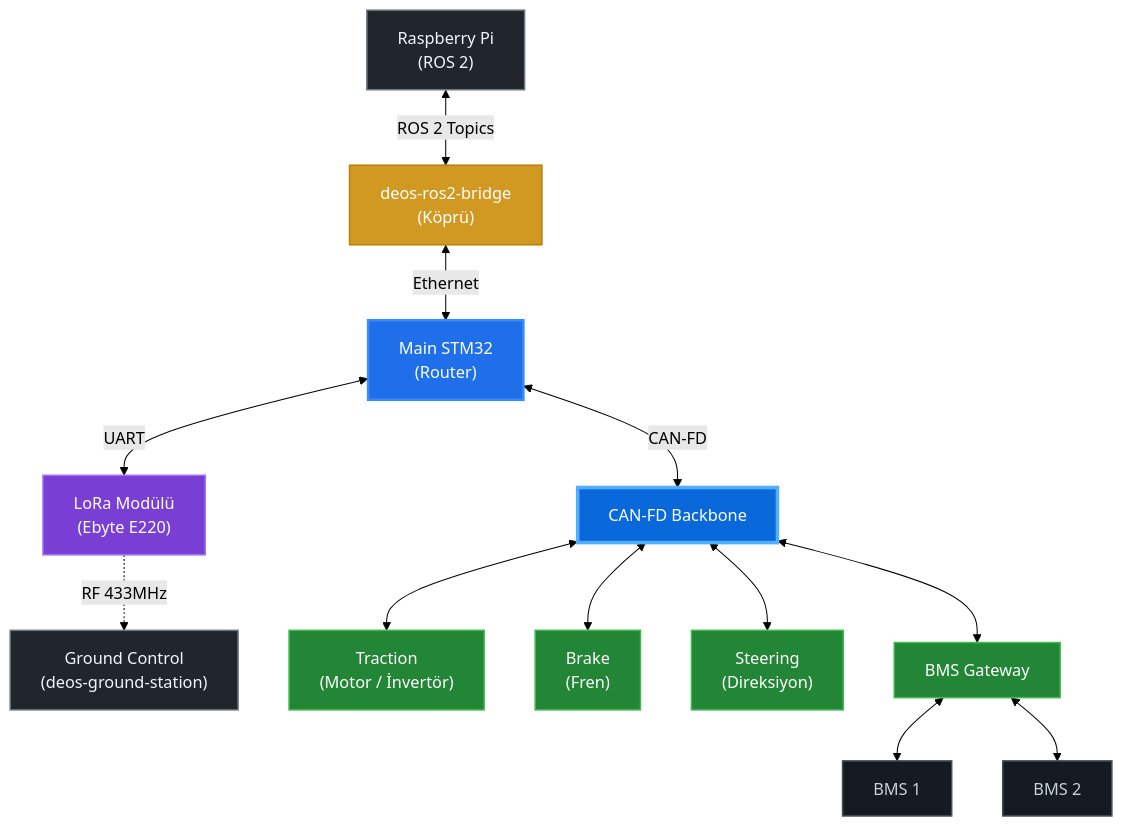
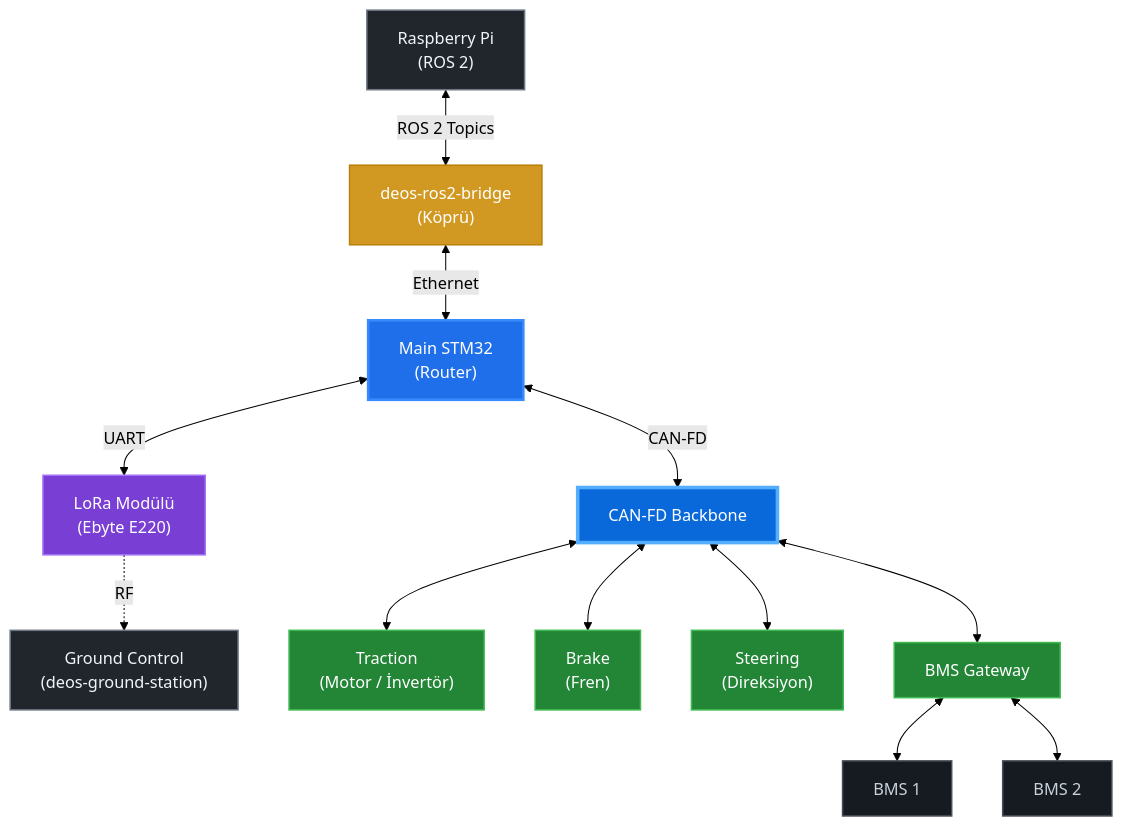
Before and after one commit to DEUDEOS-Team/deos-firmware: the second of 2 diagrams in README.md, drawn with Mermaid (forest theme). The commit also changed other lines of this file, not shown here.

Commit message:
docs: remove 433MHz frequency and link LoRa driver to uart_lora.cpp with genuine git commits

````diff
--- a/README.md
+++ b/README.md
@@ -36,39 +36,39 @@
 ```mermaid
 graph TD
     classDef mcu fill:#1f6feb,stroke:#388bfd,stroke-width:2.5px,color:#ffffff;
     classDef host fill:#21262d,stroke:#6e7681,stroke-width:1.5px,color:#f0f6fc;
     classDef bridge fill:#d29922,stroke:#bb8009,stroke-width:1.5px,color:#ffffff;
     classDef rf fill:#793ed4,stroke:#a371f7,stroke-width:1.5px,color:#ffffff;
     classDef can fill:#238636,stroke:#3fb950,stroke-width:1.5px,color:#ffffff;
     classDef bms fill:#161b22,stroke:#484f58,stroke-width:1.5px,color:#c9d1d9;
     classDef bus fill:#0969da,stroke:#54aeff,stroke-width:3.5px,color:#ffffff;
 
     RPI["Raspberry Pi<br/>(ROS 2)"]:::host
     BRIDGE["deos-ros2-bridge<br/>(Köprü)"]:::bridge
     MAIN["Main STM32<br/>(Router)"]:::mcu
 
     LORA["LoRa Modülü<br/>(Ebyte E220)"]:::rf
     GCS["Ground Control<br/>(deos-ground-station)"]:::host
 
     RPI <-->|"ROS 2 Topics"| BRIDGE
     BRIDGE <-->|"Ethernet"| MAIN
 
     MAIN <-->|"UART"| LORA
-    LORA -.->|"RF 433MHz"| GCS
+    LORA -.->|"RF"| GCS
 
     CAN_BUS["CAN-FD Backbone"]:::bus
     TRACTION["Traction<br/>(Motor / İnvertör)"]:::can
     BRAKE["Brake<br/>(Fren)"]:::can
     STEERING["Steering<br/>(Direksiyon)"]:::can
     BMS_GW["BMS Gateway"]:::can
     BMS1["BMS 1"]:::bms
     BMS2["BMS 2"]:::bms
 
     MAIN <-->|"CAN-FD"| CAN_BUS
     CAN_BUS <--> TRACTION
     CAN_BUS <--> BRAKE
     CAN_BUS <--> STEERING
     CAN_BUS <--> BMS_GW
     BMS_GW <--> BMS1
     BMS_GW <--> BMS2
 ```
````
